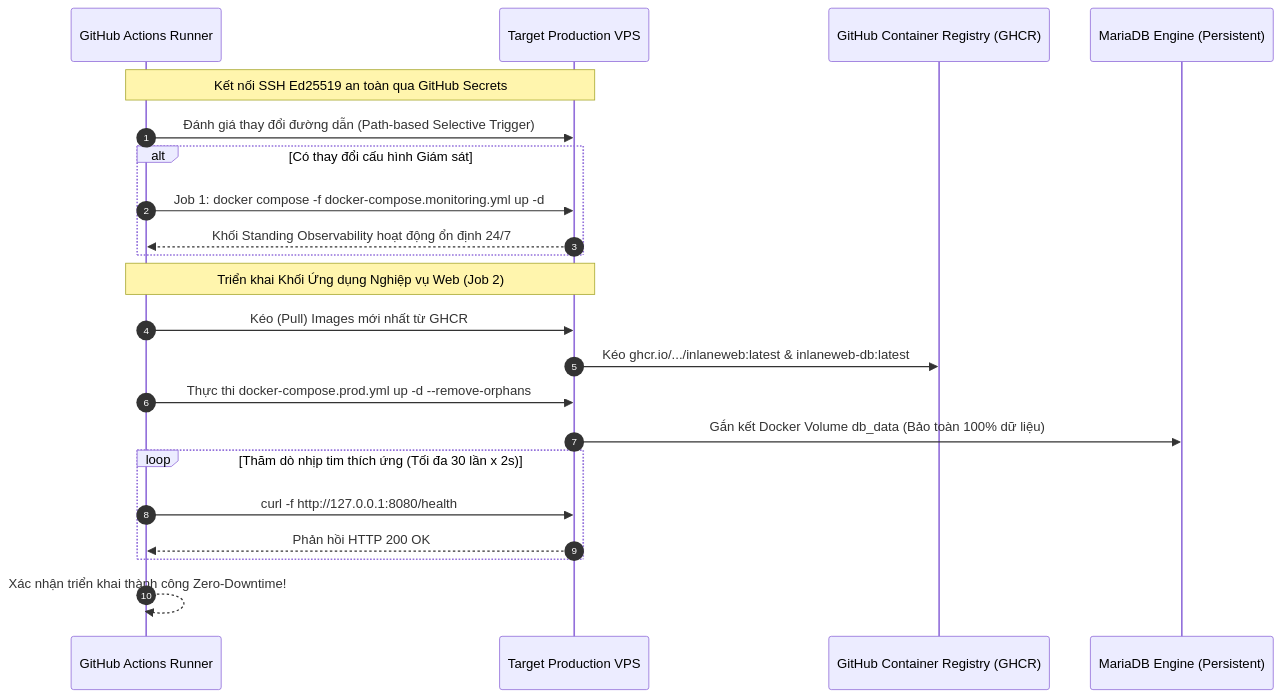
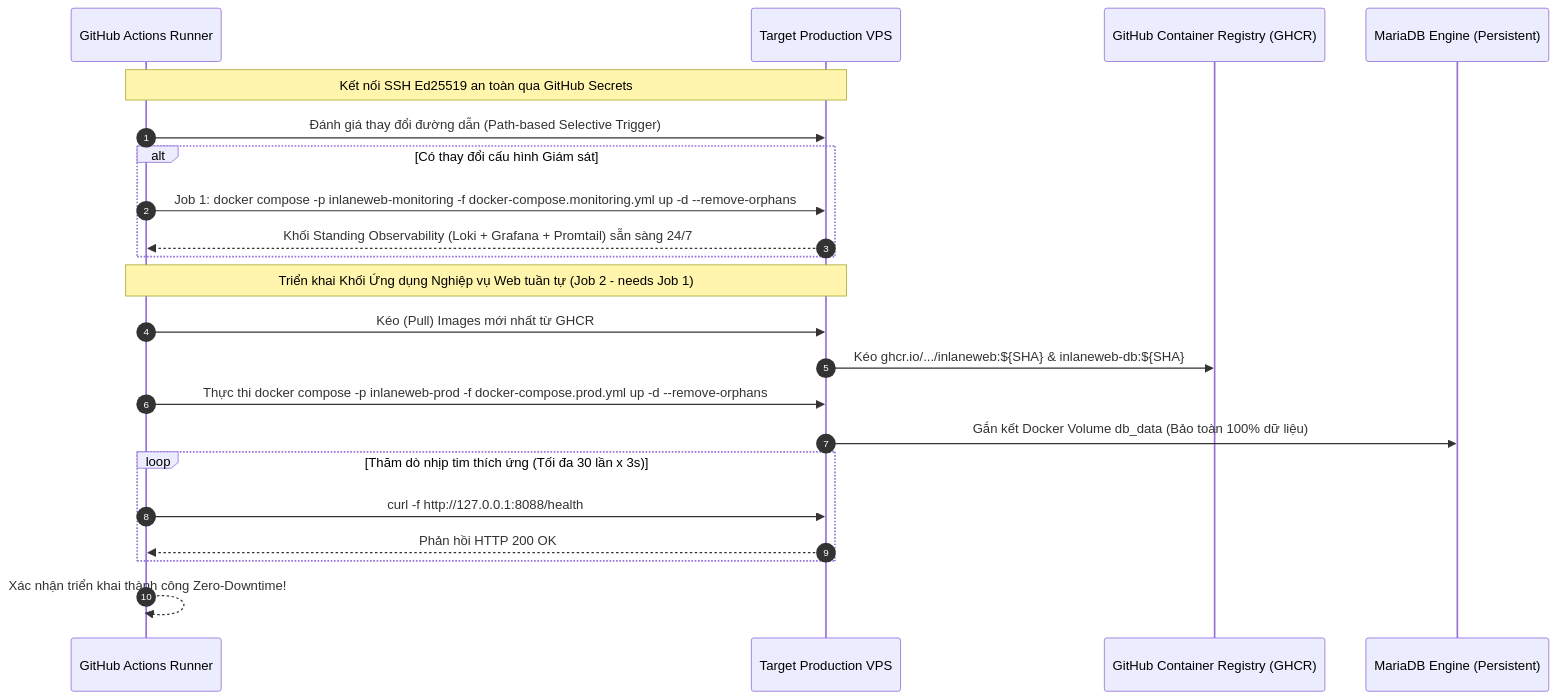
One commit to wtfwhoyouare/PTIT-DevOps-SonarQube changed the second of 2 diagrams in docs/05-Báo cáo bài tập lớn DevSecOps.md. Above: the diagram before and after it, drawn with Mermaid. The commit also changed other lines of this file and 1 other file, not shown here.

Commit message:
docs(report): cap nhat bao cao devsecops toan dien va xoa toan bo ip vps

````diff
--- a/docs/05-Báo cáo bài tập lớn DevSecOps.md
+++ b/docs/05-Báo cáo bài tập lớn DevSecOps.md
@@ -438,25 +447,25 @@
 ```mermaid
 sequenceDiagram
     autonumber
     participant Runner as GitHub Actions Runner
     participant VPS as Target Production VPS
     participant GHCR as GitHub Container Registry (GHCR)
     participant MariaDB as MariaDB Engine (Persistent)
 
     Note over Runner, VPS: Kết nối SSH Ed25519 an toàn qua GitHub Secrets
     Runner->>VPS: Đánh giá thay đổi đường dẫn (Path-based Selective Trigger)
     alt Có thay đổi cấu hình Giám sát
-        Runner->>VPS: Job 1: docker compose -f docker-compose.monitoring.yml up -d
-        VPS-->>Runner: Khối Standing Observability hoạt động ổn định 24/7
+        Runner->>VPS: Job 1: docker compose -p inlaneweb-monitoring -f docker-compose.monitoring.yml up -d --remove-orphans
+        VPS-->>Runner: Khối Standing Observability (Loki + Grafana + Promtail) sẵn sàng 24/7
     end
-    Note over Runner, VPS: Triển khai Khối Ứng dụng Nghiệp vụ Web (Job 2)
+    Note over Runner, VPS: Triển khai Khối Ứng dụng Nghiệp vụ Web tuần tự (Job 2 - needs Job 1)
     Runner->>VPS: Kéo (Pull) Images mới nhất từ GHCR
-    VPS->>GHCR: Kéo ghcr.io/.../inlaneweb:latest & inlaneweb-db:latest
-    Runner->>VPS: Thực thi docker-compose.prod.yml up -d --remove-orphans
+    VPS->>GHCR: Kéo ghcr.io/.../inlaneweb:${SHA} & inlaneweb-db:${SHA}
+    Runner->>VPS: Thực thi docker compose -p inlaneweb-prod -f docker-compose.prod.yml up -d --remove-orphans
     VPS->>MariaDB: Gắn kết Docker Volume db_data (Bảo toàn 100% dữ liệu)
-    loop Thăm dò nhịp tim thích ứng (Tối đa 30 lần x 2s)
-        Runner->>VPS: curl -f http://127.0.0.1:8080/health
+    loop Thăm dò nhịp tim thích ứng (Tối đa 30 lần x 3s)
+        Runner->>VPS: curl -f http://127.0.0.1:8088/health
         VPS-->>Runner: Phản hồi HTTP 200 OK
     end
     Runner-->>Runner: Xác nhận triển khai thành công Zero-Downtime!
 ```
````
